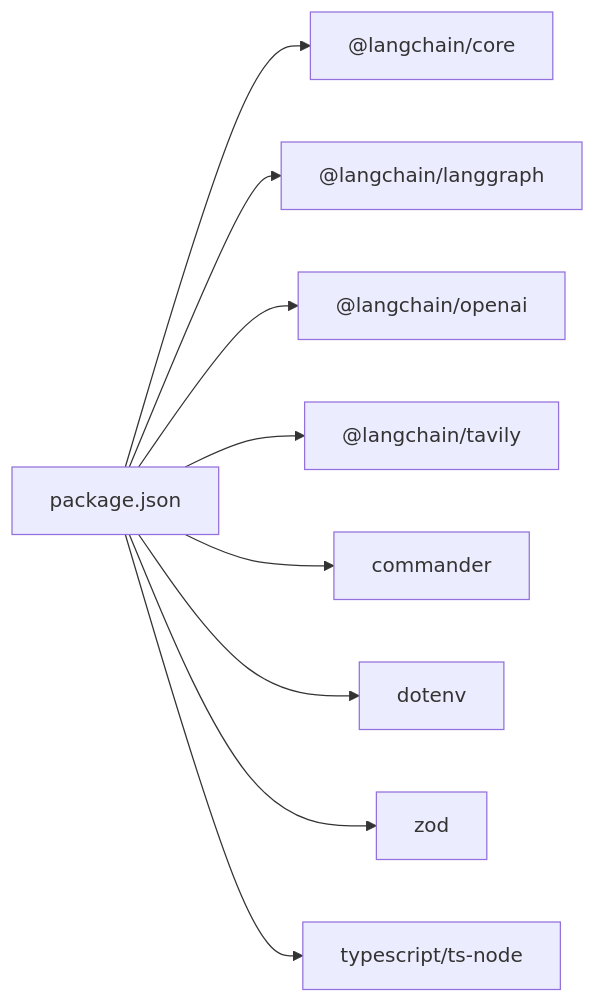
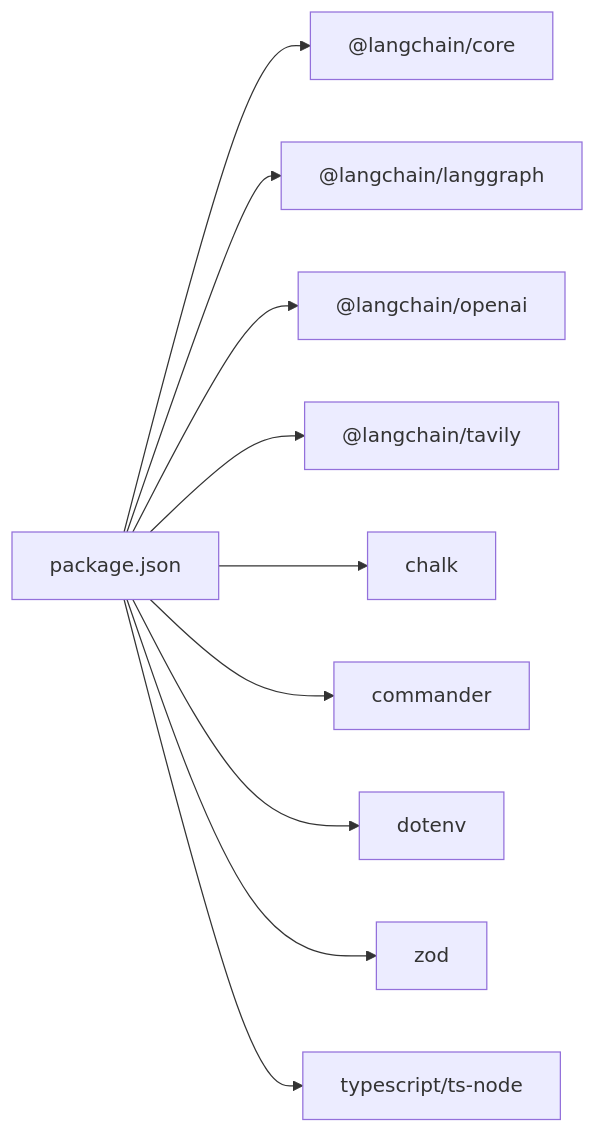
Before and after one commit to HAOFUYANG/onion-code: the eighth of 8 diagrams in .qoder/repowiki/zh/content/核心代理系统/核心代理系统.md, drawn with Mermaid. The commit also changed other lines of this file and 5 other files, not shown here.

````diff
--- a/.qoder/repowiki/zh/content/核心代理系统/核心代理系统.md
+++ b/.qoder/repowiki/zh/content/核心代理系统/核心代理系统.md
@@ -353,11 +412,12 @@
 ```mermaid
 graph LR
 PKG["package.json"] --> CORE["@langchain/core"]
 PKG --> LANGGRAPH["@langchain/langgraph"]
 PKG --> OPENAI["@langchain/openai"]
 PKG --> TAVILY["@langchain/tavily"]
+PKG --> CHALK["chalk"]
 PKG --> CMDR["commander"]
 PKG --> DOTENV["dotenv"]
 PKG --> ZOD["zod"]
 PKG --> TS["typescript/ts-node"]
 ```
````
